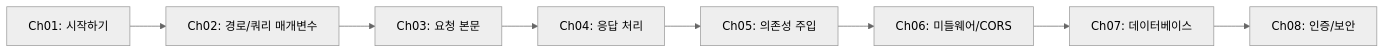
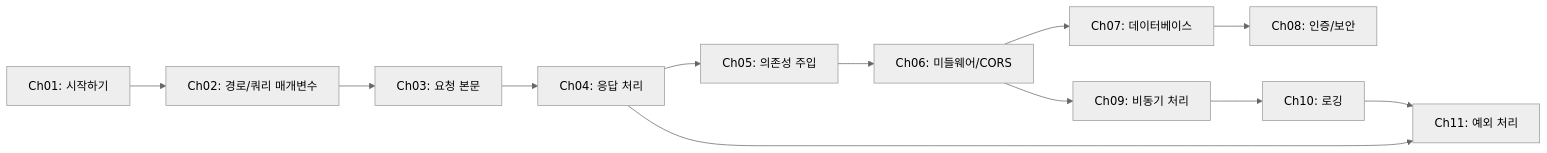
One commit to hoholam0112/dev-learning-claude-code changed the diagram in fastapi-normal/README.md. Above: the diagram before and after it, drawn with Mermaid (neutral theme). The commit also changed other lines of this file and 2 other files, not shown here.

````diff
--- a/fastapi-normal/README.md
+++ b/fastapi-normal/README.md
@@ -11,10 +11,14 @@
 ```mermaid
 graph LR
     CH01[Ch01: 시작하기] --> CH02[Ch02: 경로/쿼리 매개변수]
     CH02 --> CH03[Ch03: 요청 본문]
     CH03 --> CH04[Ch04: 응답 처리]
     CH04 --> CH05[Ch05: 의존성 주입]
     CH05 --> CH06[Ch06: 미들웨어/CORS]
     CH06 --> CH07[Ch07: 데이터베이스]
     CH07 --> CH08[Ch08: 인증/보안]
+    CH06 --> CH09[Ch09: 비동기 처리]
+    CH09 --> CH10[Ch10: 로깅]
+    CH10 --> CH11[Ch11: 예외 처리]
+    CH04 --> CH11
 ```
````
